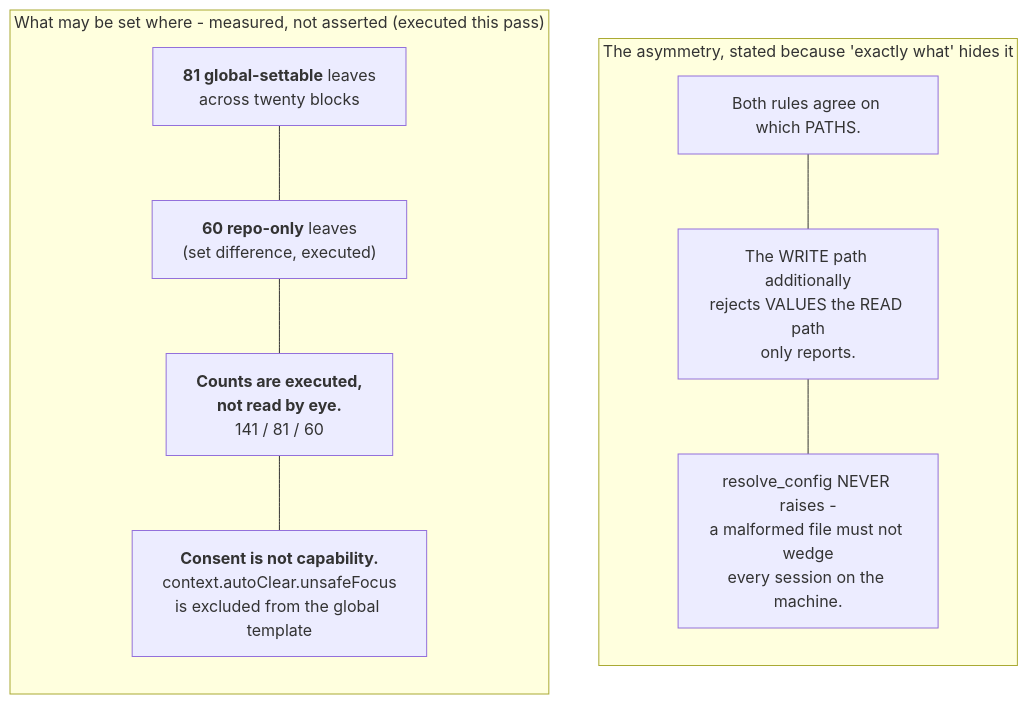
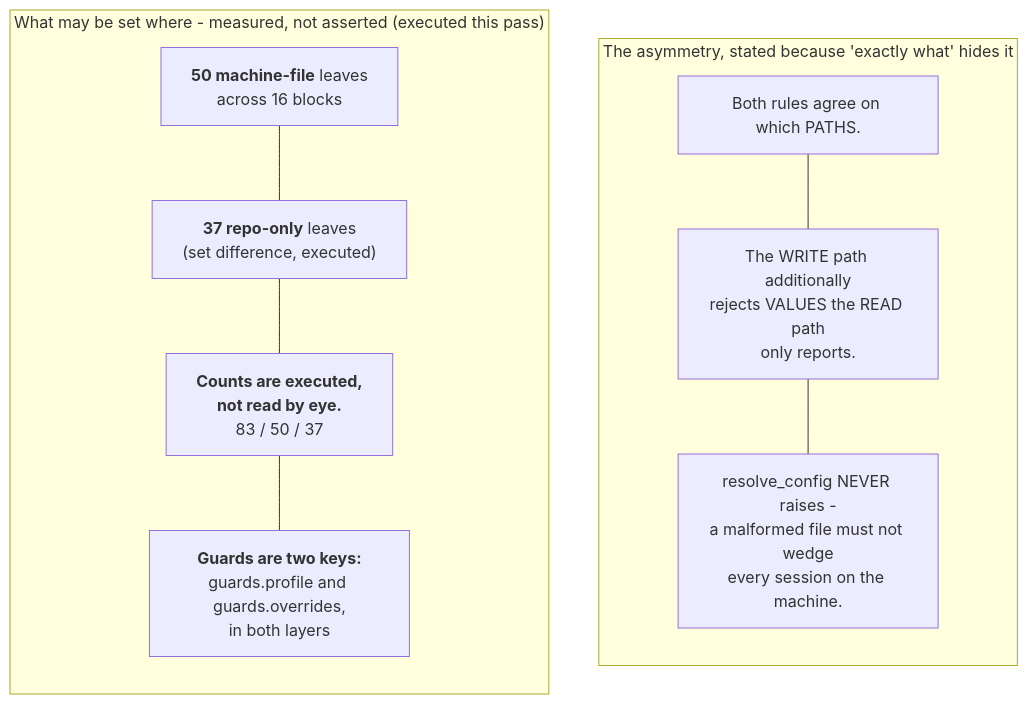
Before and after one commit to mbadali25/useful-claude-add-ons: the eighth of 38 diagrams in docs/diagrams/README.md, drawn with Mermaid. The commit also changed other lines of this file and 98 other files, not shown here.

Commit message:
L-0725: docs sweep, rebuilt guides and diagrams, test fixes, migrate.md within budget

````diff
--- a/docs/diagrams/README.md
+++ b/docs/diagrams/README.md
@@ -382,20 +395,20 @@
 ```mermaid
 flowchart TB
 
     subgraph Asym["The asymmetry, stated because 'exactly what' hides it"]
         direction TB
         A1["Both rules agree on which PATHS."]
         A2["The WRITE path additionally<br/>rejects VALUES the READ path<br/>only reports."]
         A3["resolve_config NEVER raises -<br/>a malformed file must not wedge<br/>every session on the machine."]
         A1 --- A2 --- A3
     end
 
     subgraph Split["What may be set where - measured, not asserted (executed this pass)"]
         direction TB
-        S1["<b>81 global-settable</b> leaves<br/>across twenty blocks"]
-        S2["<b>60 repo-only</b> leaves<br/>(set difference, executed)"]
-        S3["<b>Counts are executed,</b><br/><b>not read by eye.</b><br/>141 / 81 / 60"]
-        S4["<b>Consent is not capability.</b><br/>context.autoClear.unsafeFocus<br/>is excluded from the global template"]
+        S1["<b>50 machine-file</b> leaves<br/>across 16 blocks"]
+        S2["<b>37 repo-only</b> leaves<br/>(set difference, executed)"]
+        S3["<b>Counts are executed,</b><br/><b>not read by eye.</b><br/>83 / 50 / 37"]
+        S4["<b>Guards are two keys:</b><br/>guards.profile and guards.overrides,<br/>in both layers"]
         S1 --- S2 --- S3 --- S4
     end
 ```
````
